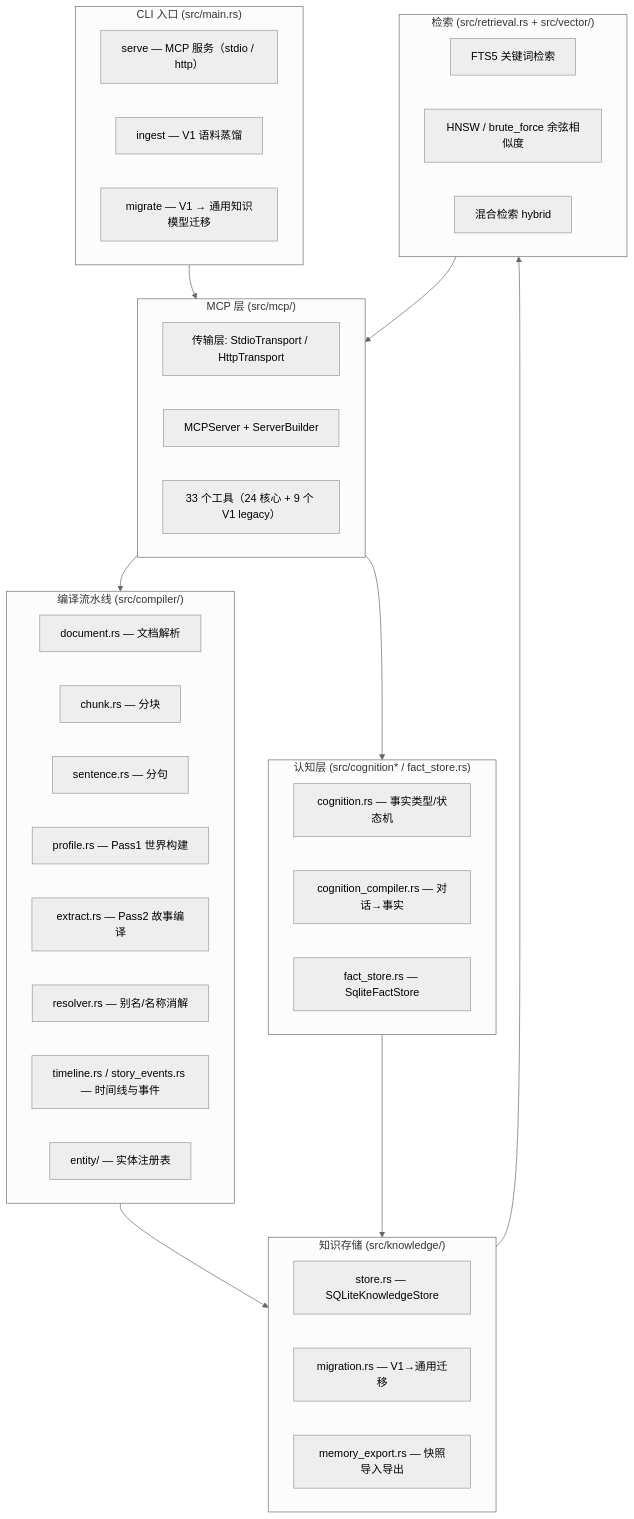
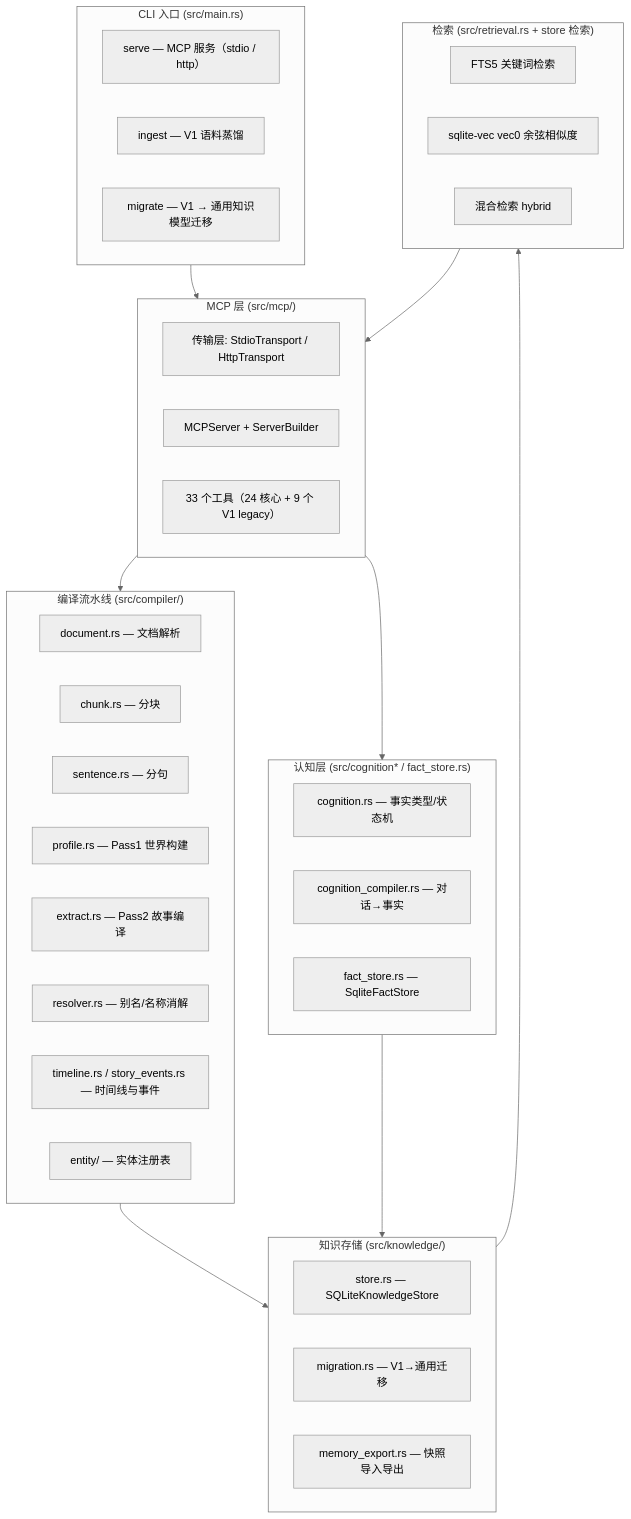
Before and after one commit to Timwood0x10/Mnemosyne: the first of 7 diagrams in docs/zh/architecture.md, drawn with Mermaid (neutral theme). The commit also changed other lines of this file and 24 other files, not shown here.

Commit message:
refactor(store and compiler): unify SQL LIKE escaping and LIMIT logic, merge duplicate JSON loading, fix async blocking and flaky tests, and sync the docs on entity providers and vector retrieval

````diff
--- a/docs/zh/architecture.md
+++ b/docs/zh/architecture.md
@@ -12,51 +12,51 @@
 ```mermaid
 flowchart TB
     subgraph CLI["CLI 入口 (src/main.rs)"]
         C1["serve — MCP 服务（stdio / http）"]
         C2["ingest — V1 语料蒸馏"]
         C3["migrate — V1 → 通用知识模型迁移"]
     end
 
     subgraph MCP["MCP 层 (src/mcp/)"]
         T["传输层: StdioTransport / HttpTransport"]
         S["MCPServer + ServerBuilder"]
         TOOLS["33 个工具（24 核心 + 9 个 V1 legacy）"]
     end
 
     subgraph COMP["编译流水线 (src/compiler/)"]
         P1["document.rs — 文档解析"]
         P2["chunk.rs — 分块"]
         P3["sentence.rs — 分句"]
         P4["profile.rs — Pass1 世界构建"]
         P5["extract.rs — Pass2 故事编译"]
         P6["resolver.rs — 别名/名称消解"]
         P7["timeline.rs / story_events.rs — 时间线与事件"]
         P8["entity/ — 实体注册表"]
     end
 
     subgraph KNOW["知识存储 (src/knowledge/)"]
         K1["store.rs — SQLiteKnowledgeStore"]
         K2["migration.rs — V1→通用迁移"]
         K3["memory_export.rs — 快照导入导出"]
     end
 
     subgraph COG["认知层 (src/cognition* / fact_store.rs)"]
         G1["cognition.rs — 事实类型/状态机"]
         G2["cognition_compiler.rs — 对话→事实"]
         G3["fact_store.rs — SqliteFactStore"]
     end
 
-    subgraph RETR["检索 (src/retrieval.rs + src/vector/)"]
+    subgraph RETR["检索 (src/retrieval.rs + store 检索)"]
         R1["FTS5 关键词检索"]
-        R2["HNSW / brute_force 余弦相似度"]
+        R2["sqlite-vec vec0 余弦相似度"]
         R3["混合检索 hybrid"]
     end
 
     CLI --> MCP
     MCP --> COMP
     MCP --> COG
     COMP --> KNOW
     COG --> KNOW
     KNOW --> RETR
     RETR --> MCP
 ```
````
